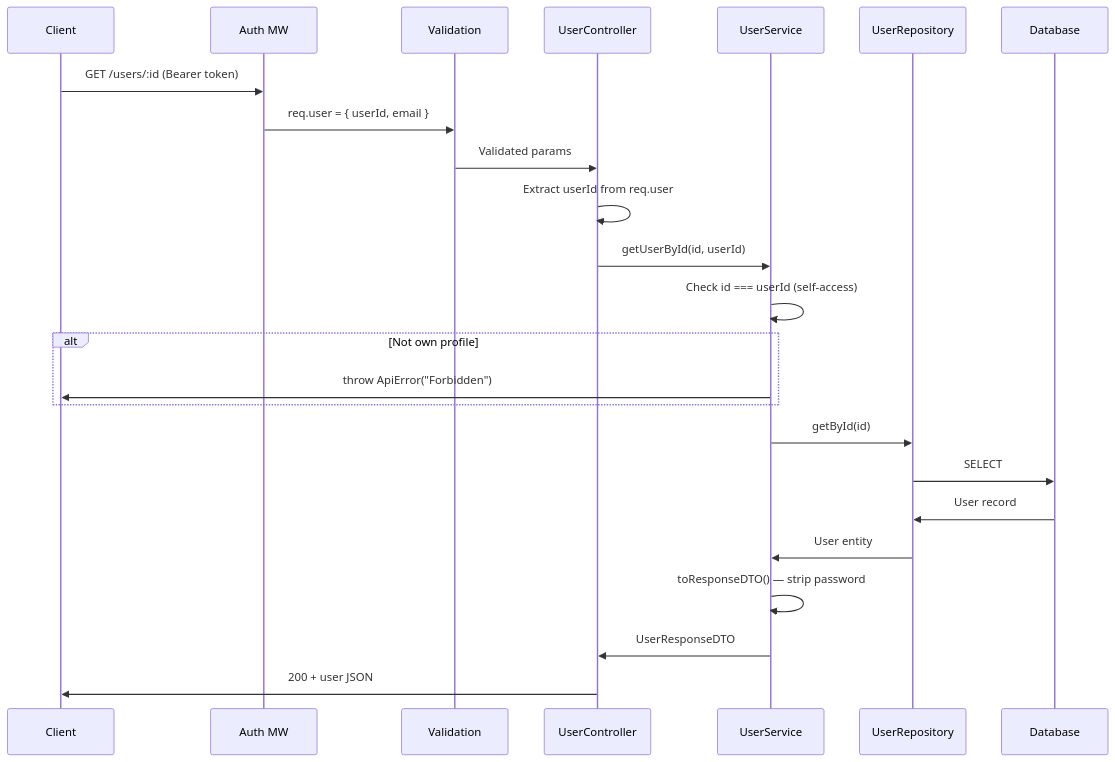
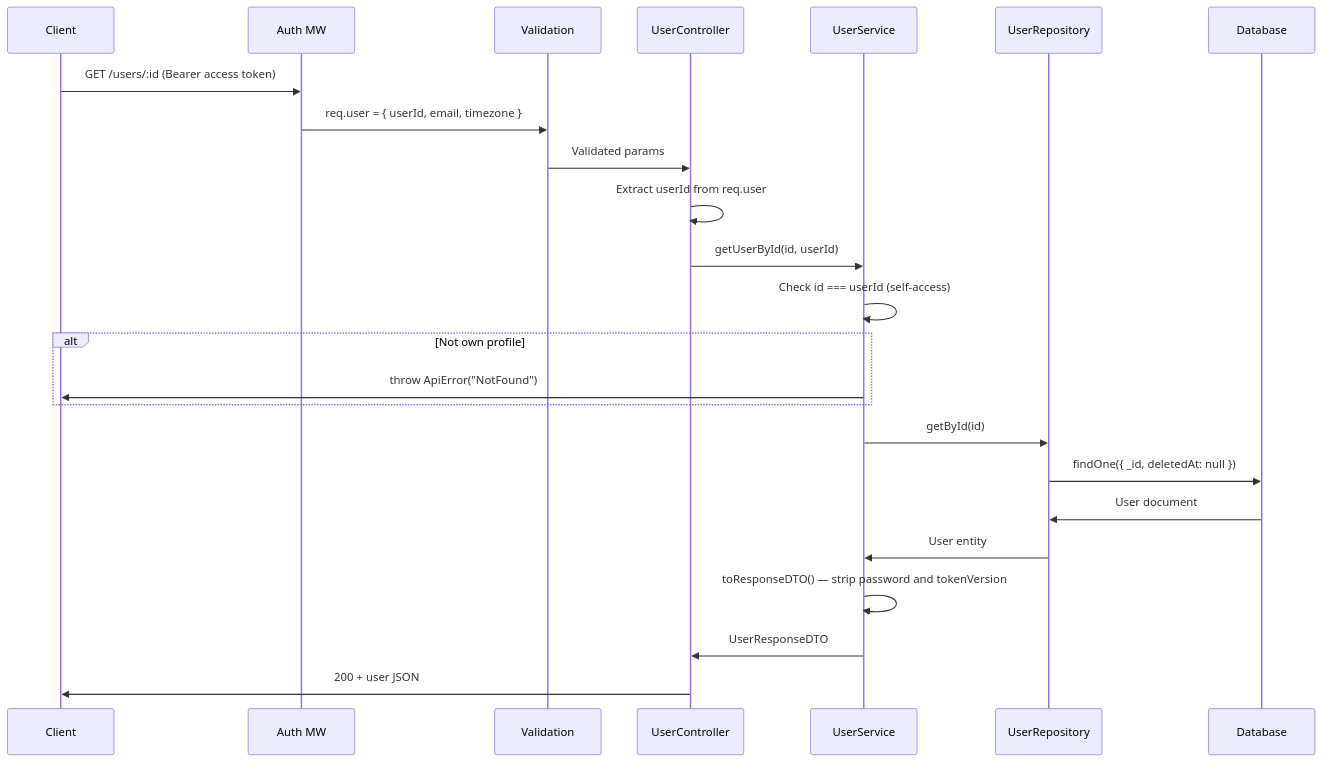
One commit to alex16jpv/lag-money-manager changed the first of 2 diagrams in docs/modules/users.md. Above: the diagram before and after it, drawn with Mermaid. The commit also changed other lines of this file and 37 other files, not shown here.

````diff
--- a/docs/modules/users.md
+++ b/docs/modules/users.md
@@ -54,27 +58,27 @@
 ```mermaid
 sequenceDiagram
     participant C as Client
     participant AUTH as Auth MW
     participant VAL as Validation
     participant CTRL as UserController
     participant SVC as UserService
     participant REPO as UserRepository
     participant DB as Database
 
-    C->>AUTH: GET /users/:id (Bearer token)
-    AUTH->>VAL: req.user = { userId, email }
+    C->>AUTH: GET /users/:id (Bearer access token)
+    AUTH->>VAL: req.user = { userId, email, timezone }
     VAL->>CTRL: Validated params
     CTRL->>CTRL: Extract userId from req.user
     CTRL->>SVC: getUserById(id, userId)
     SVC->>SVC: Check id === userId (self-access)
     alt Not own profile
-        SVC->>C: throw ApiError("Forbidden")
+        SVC->>C: throw ApiError("NotFound")
     end
     SVC->>REPO: getById(id)
-    REPO->>DB: SELECT
-    DB->>REPO: User record
+    REPO->>DB: findOne({ _id, deletedAt: null })
+    DB->>REPO: User document
     REPO->>SVC: User entity
-    SVC->>SVC: toResponseDTO() — strip password
+    SVC->>SVC: toResponseDTO() — strip password and tokenVersion
     SVC->>CTRL: UserResponseDTO
     CTRL->>C: 200 + user JSON
 ```
````
